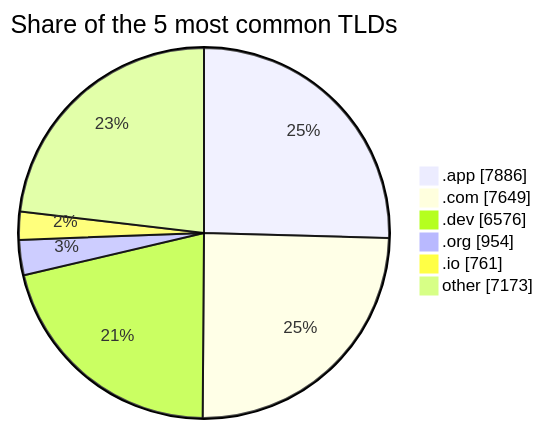
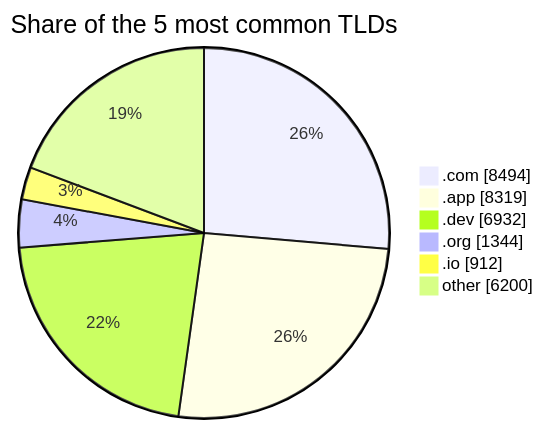
One commit to DNSBunker/CTI changed the second of 2 diagrams in README.md. Above: the diagram before and after it, drawn with Mermaid. The commit also changed other lines of this file and 3 other files, not shown here.

````diff
--- a/README.md
+++ b/README.md
@@ -72,9 +72,9 @@
 ```mermaid
 pie showData title Share of the 5 most common TLDs
-    ".app" : 7886
-    ".com" : 7649
-    ".dev" : 6576
-    ".org" : 954
-    ".io" : 761
-    "other" : 7173
+    ".com" : 8494
+    ".app" : 8319
+    ".dev" : 6932
+    ".org" : 1344
+    ".io" : 912
+    "other" : 6200
 ```
````
